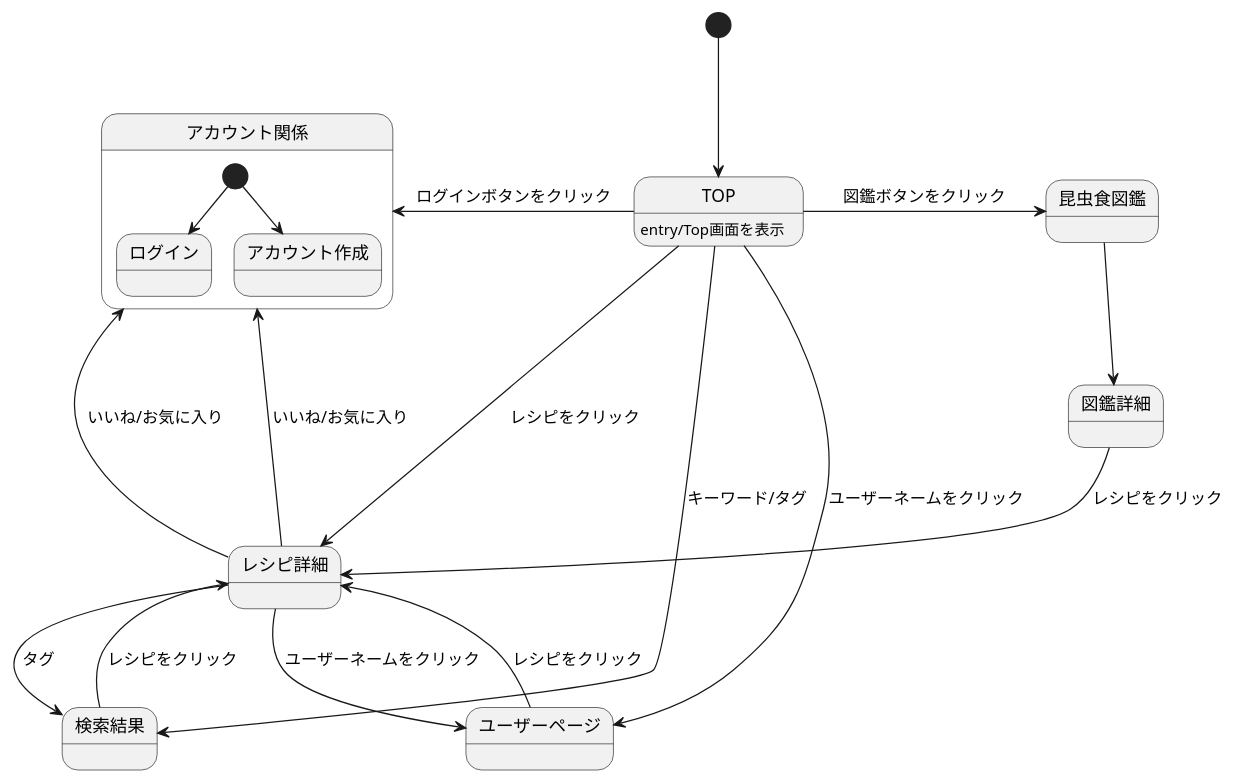
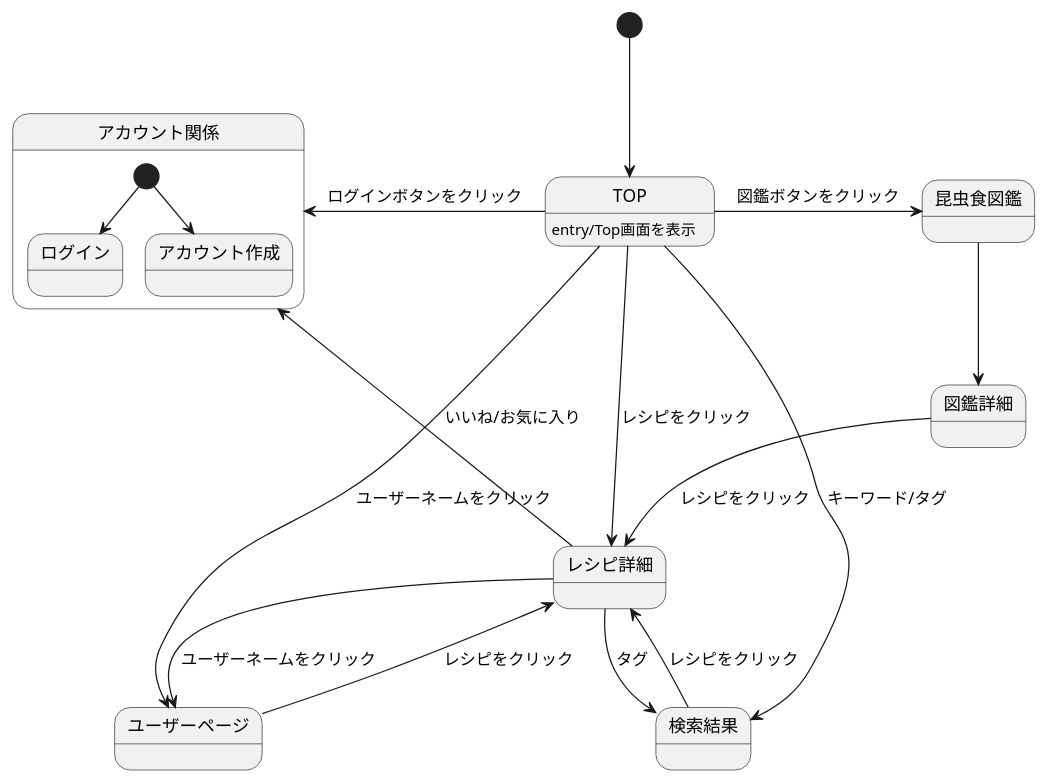
The diagram in ScreenTransitionDiagram.md (ASO2001040/bugbug-design), drawn with PlantUML before and after one commit.

````diff
--- a/ScreenTransitionDiagram.md
+++ b/ScreenTransitionDiagram.md
@@ -1,25 +1,24 @@
 ```uml
 @startuml
 [*]-->TOP
 
 TOP : entry/Top画面を表示
 TOP-left->アカウント関係: ログインボタンをクリック
 TOP->昆虫食図鑑: 図鑑ボタンをクリック
 TOP->ユーザーページ: ユーザーネームをクリック
 TOP->レシピ詳細: レシピをクリック
 TOP->検索結果: キーワード/タグ
 ユーザーページ-->レシピ詳細: レシピをクリック
 レシピ詳細-->ユーザーページ: ユーザーネームをクリック
 レシピ詳細-->検索結果: タグ
 レシピ詳細-->アカウント関係: いいね/お気に入り
-レシピ詳細->アカウント関係: いいね/お気に入り
 検索結果-->レシピ詳細: レシピをクリック
 昆虫食図鑑-->図鑑詳細
 図鑑詳細-->レシピ詳細: レシピをクリック
 
 state アカウント関係 {
  [*] --> ログイン
  [*] --> アカウント作成
  }
 @enduml
 ```
````
